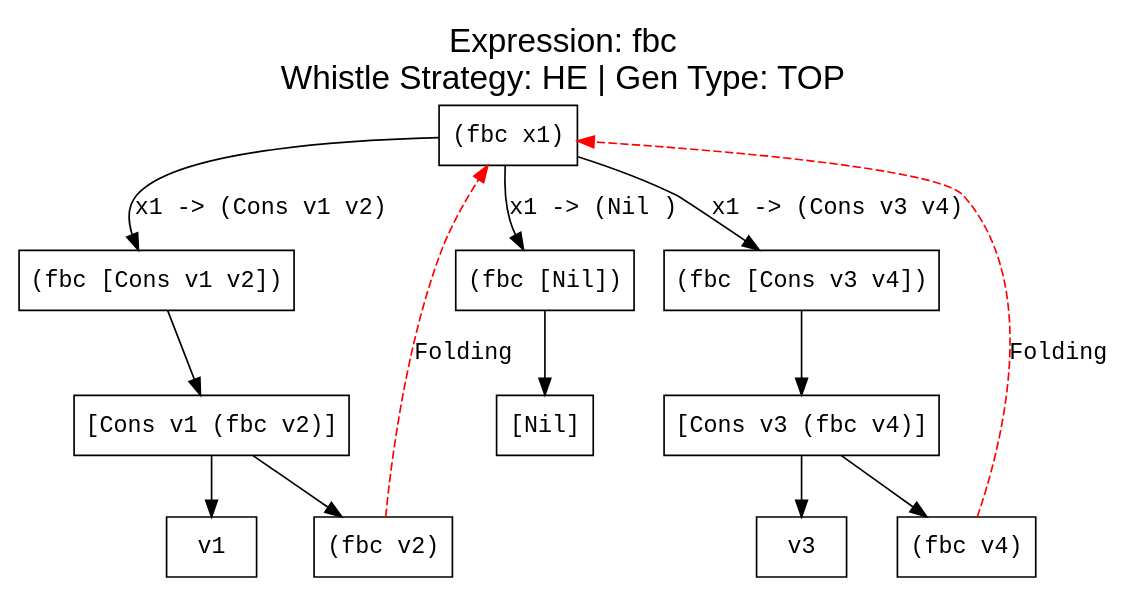
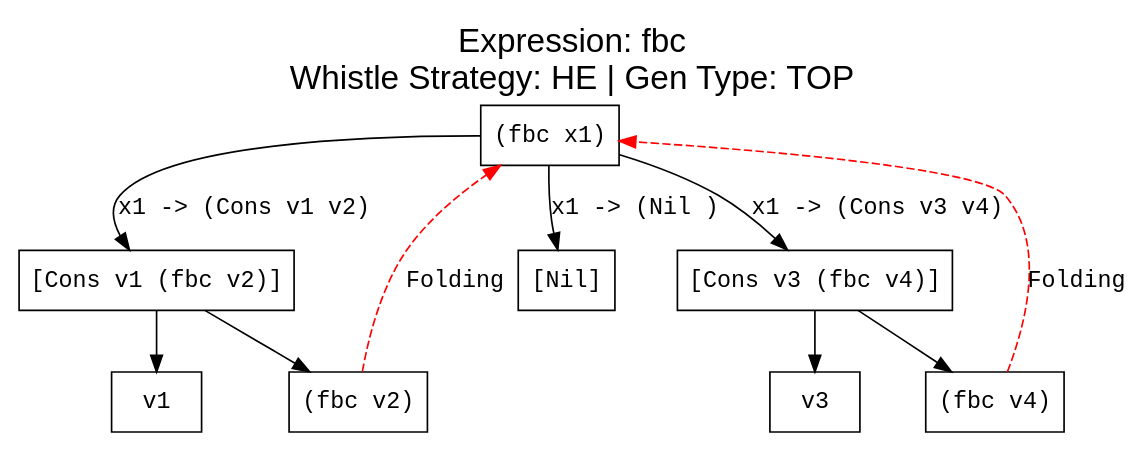
The diagram in output/test4/he_fbc.dot (makezh/coursework_supercompiler), drawn with Graphviz before and after one commit. The commit also changed 38 other files, not shown here.

```diff
--- a/output/test4/he_fbc.dot
+++ b/output/test4/he_fbc.dot
@@ -1,32 +1,26 @@
 digraph ProcessTree {
   label="Expression: fbc\nWhistle Strategy: HE | Gen Type: TOP";
   labelloc="t";
   fontsize=20;
   fontname="Arial";
 
     node [fontname="Courier New"];
     edge [fontname="Courier New"];
     n0 [label="(fbc x1)", shape=box];
     n0 -> n1 [label="x1 -> (Cons v1 v2)"];
     n0 -> n2 [label="x1 -> (Cons v3 v4)"];
     n0 -> n3 [label="x1 -> (Nil )"];
-    n1 [label="(fbc [Cons v1 v2])", shape=box];
+    n1 [label="[Cons v1 (fbc v2)]", shape=box];
     n1 -> n4 [label=""];
-    n2 [label="(fbc [Cons v3 v4])", shape=box];
-    n2 -> n5 [label=""];
-    n3 [label="(fbc [Nil])", shape=box];
-    n3 -> n6 [label=""];
-    n4 [label="[Cons v1 (fbc v2)]", shape=box];
-    n4 -> n7 [label=""];
-    n4 -> n8 [label=""];
-    n5 [label="[Cons v3 (fbc v4)]", shape=box];
-    n5 -> n9 [label=""];
-    n5 -> n10 [label=""];
-    n6 [label="[Nil]", shape=box];
-    n7 [label="v1", shape=box];
-    n8 [label="(fbc v2)", shape=box];
-    n8 -> n0 [style=dashed, color=red, label="Folding"];
-    n9 [label="v3", shape=box];
-    n10 [label="(fbc v4)", shape=box];
-    n10 -> n0 [style=dashed, color=red, label="Folding"];
+    n1 -> n5 [label=""];
+    n2 [label="[Cons v3 (fbc v4)]", shape=box];
+    n2 -> n6 [label=""];
+    n2 -> n7 [label=""];
+    n3 [label="[Nil]", shape=box];
+    n4 [label="v1", shape=box];
+    n5 [label="(fbc v2)", shape=box];
+    n5 -> n0 [style=dashed, color=red, label="Folding"];
+    n6 [label="v3", shape=box];
+    n7 [label="(fbc v4)", shape=box];
+    n7 -> n0 [style=dashed, color=red, label="Folding"];
 }
```
